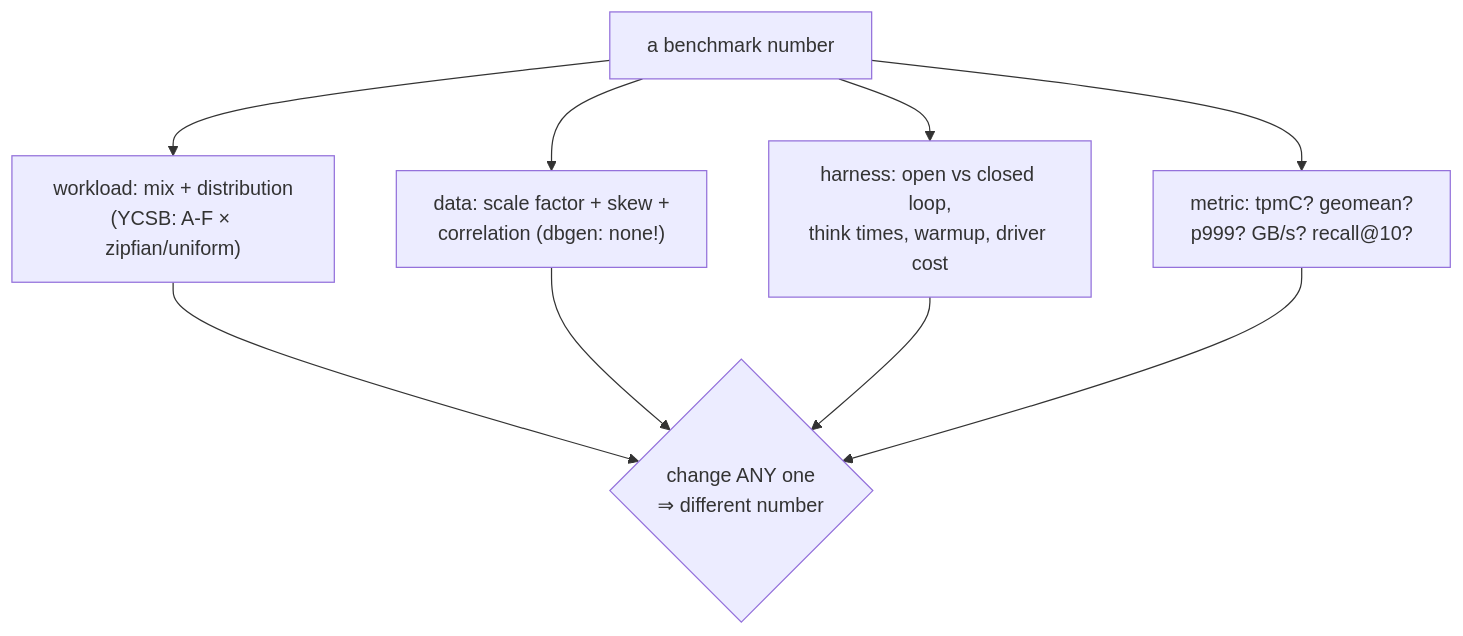
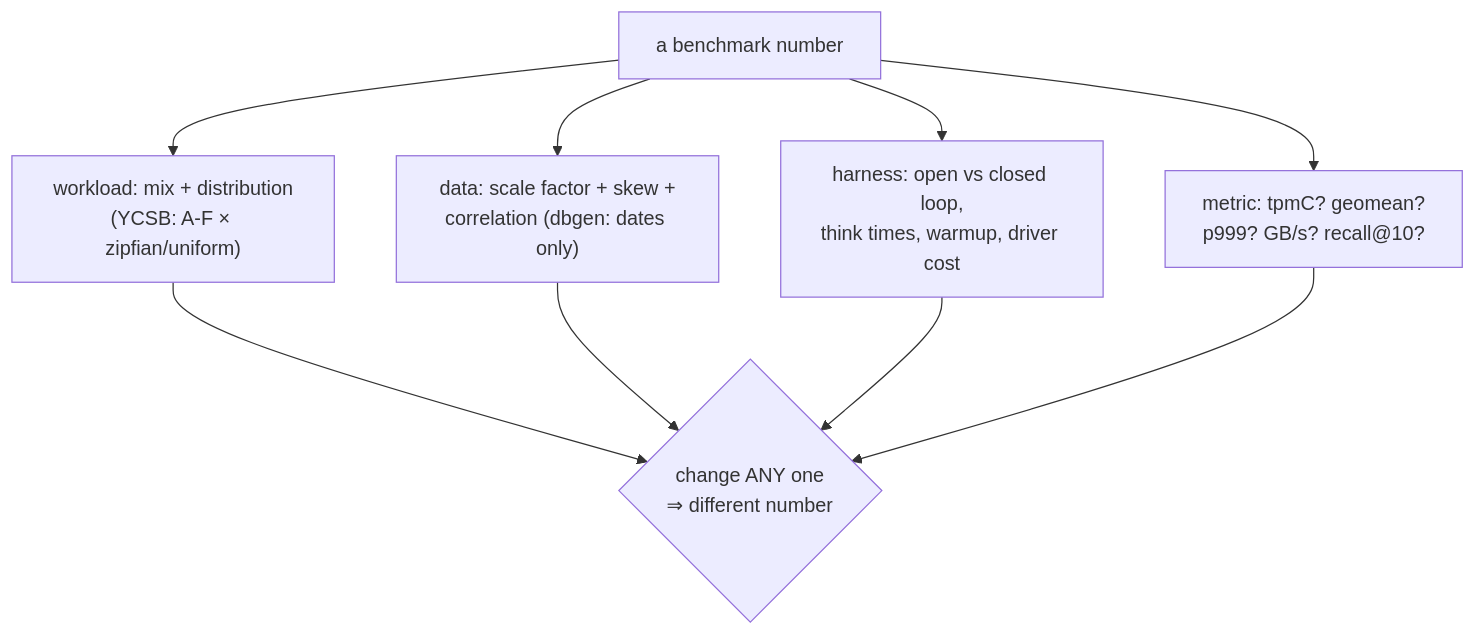
Before and after one commit to AviAvni/database-learning-path: the diagram in topics/22-benchmarks/README.md, drawn with Mermaid. The commit also changed other lines of this file and 5 other files, not shown here.

````diff
--- a/topics/22-benchmarks/README.md
+++ b/topics/22-benchmarks/README.md
@@ -22,8 +22,8 @@
 ```mermaid
 graph TD
     Q["a benchmark number"] --> W["workload: mix + distribution<br/>(YCSB: A-F × zipfian/uniform)"]
-    Q --> D["data: scale factor + skew +<br/>correlation (dbgen: none!)"]
+    Q --> D["data: scale factor + skew +<br/>correlation (dbgen: dates only)"]
     Q --> H["harness: open vs closed loop,<br/>think times, warmup, driver cost"]
     Q --> M["metric: tpmC? geomean?<br/>p999? GB/s? recall@10?"]
     W & D & H & M --> V{"change ANY one<br/>⇒ different number"}
 ```
````
